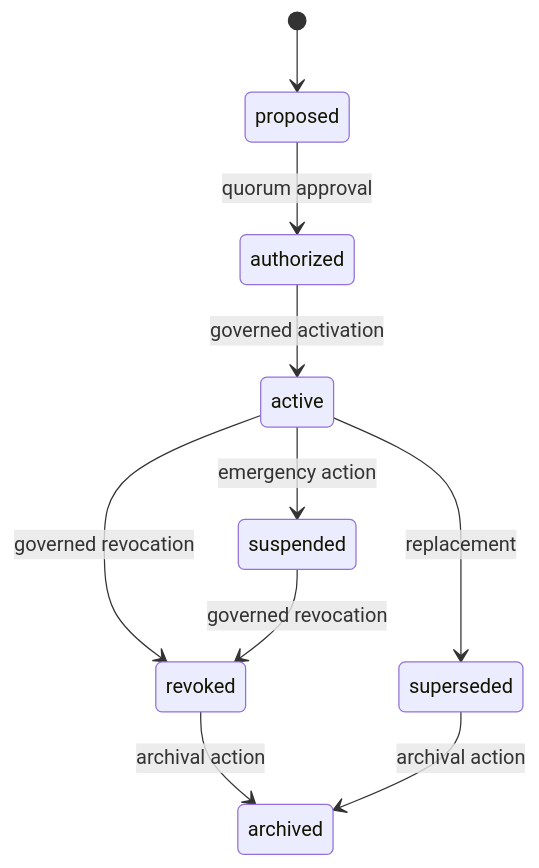
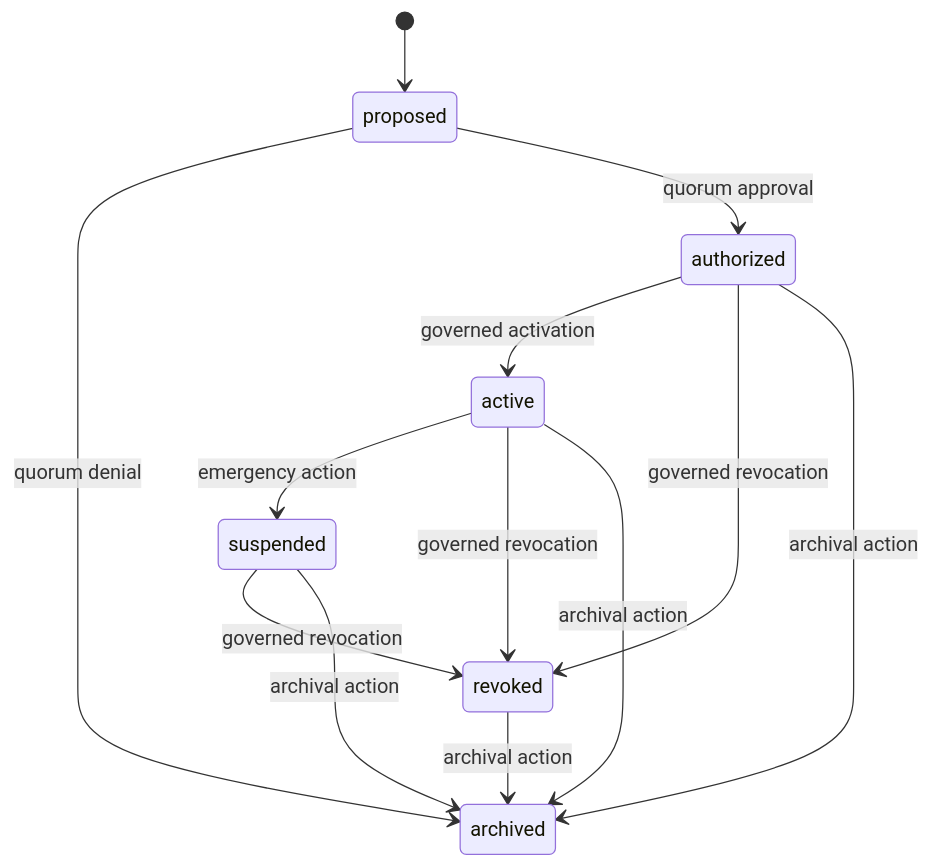
The diagram in docs-site/model/index.md (midnightntwrk/midnight-trust-registry), drawn with Mermaid before and after one commit. The commit also changed other lines of this file and 3 other files, not shown here.

````diff
--- a/docs-site/model/index.md
+++ b/docs-site/model/index.md
@@ -25,12 +25,15 @@
 ```mermaid
 stateDiagram-v2
   [*] --> proposed
+  proposed --> archived: quorum denial
   proposed --> authorized: quorum approval
   authorized --> active: governed activation
+  authorized --> revoked: governed revocation
+  authorized --> archived: archival action
   active --> suspended: emergency action
   active --> revoked: governed revocation
+  active --> archived: archival action
   suspended --> revoked: governed revocation
-  active --> superseded: replacement
+  suspended --> archived: archival action
   revoked --> archived: archival action
-  superseded --> archived: archival action
 ```
````
